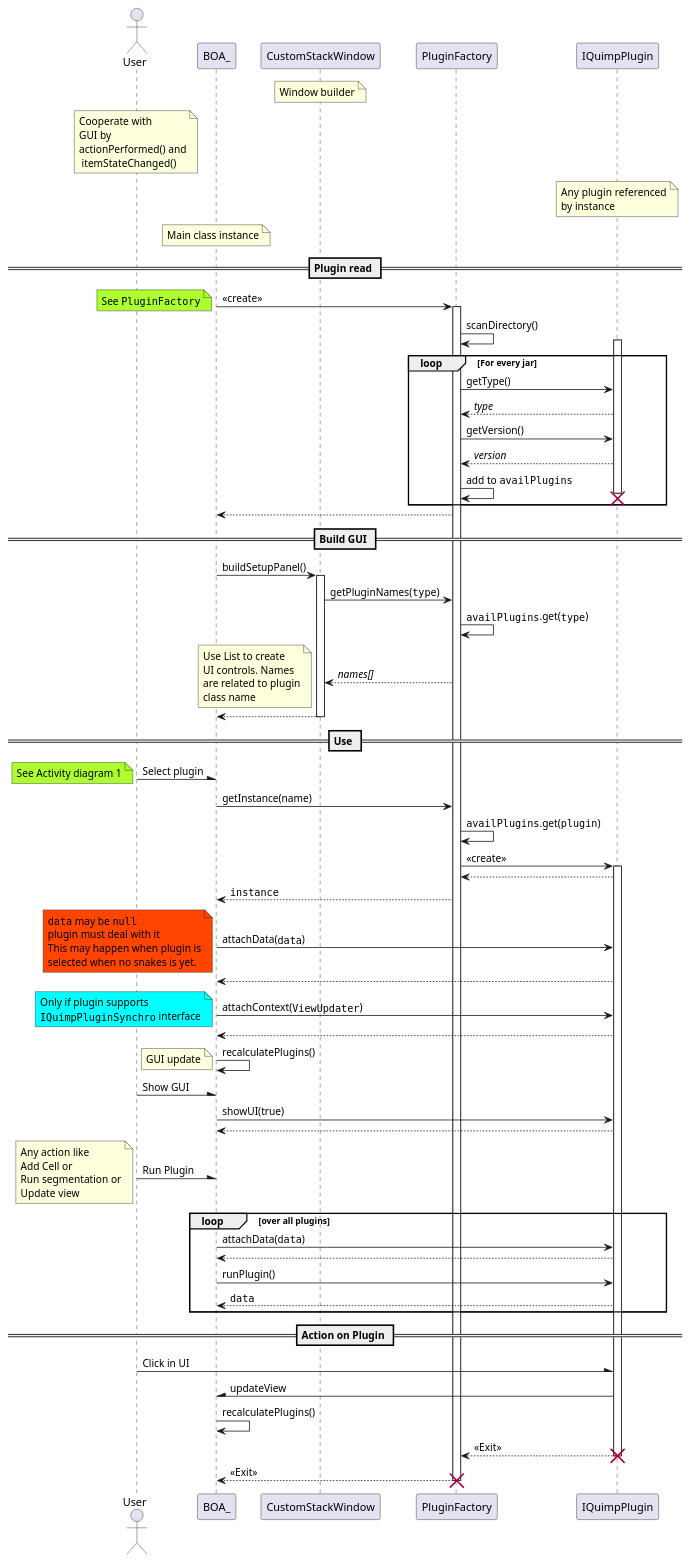
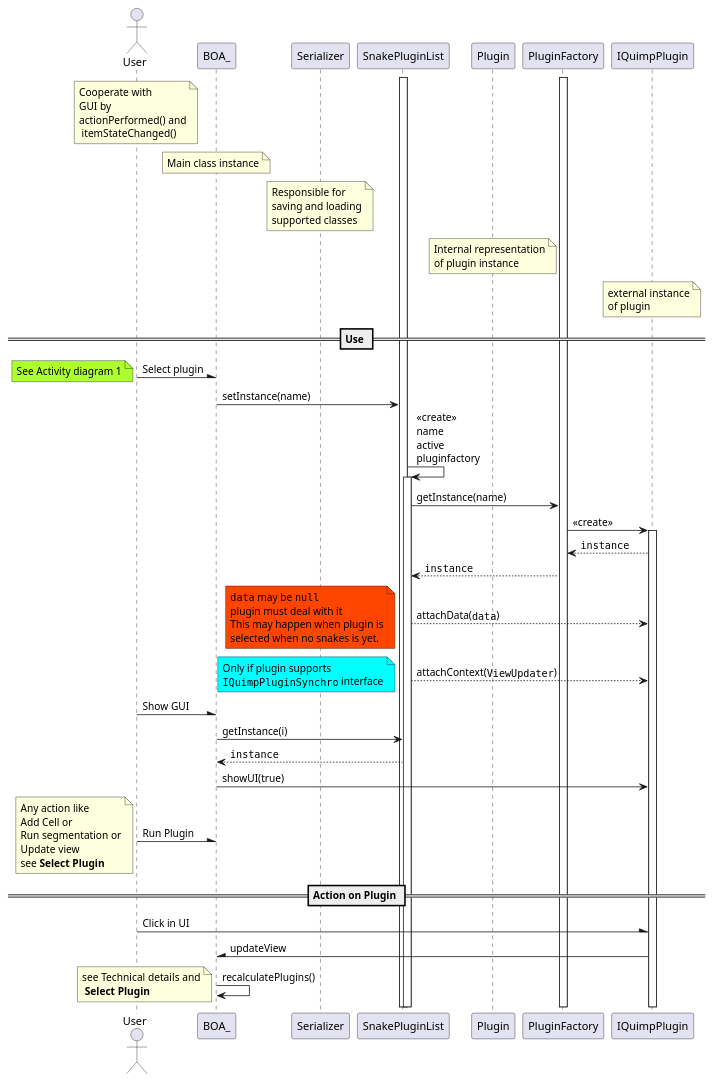
Before and after one commit to CellDynamics/QuimP: the tenth of 10 diagrams in Doxygen_doc/SnakePlugin.md, drawn with PlantUML. The commit also changed other lines of this file and 3 other files, not shown here.

```diff
--- a/Doxygen_doc/SnakePlugin.md
+++ b/Doxygen_doc/SnakePlugin.md
@@ -315,96 +410,65 @@
 @startuml
 actor User
 participant BOA_ as QuimP
-participant CustomStackWindow as GUIBuilder
-participant PluginFactory
-participant IQuimpPlugin as Plugin
+participant Serializer as ser
+participant SnakePluginList as slist
+participant Plugin as plugin
+participant PluginFactory as pfact
+participant IQuimpPlugin as iPlugin
 
-note over GUIBuilder : Window builder
 note over User : Cooperate with\nGUI by\nactionPerformed() and\n itemStateChanged()
-note over Plugin : Any plugin referenced\nby instance
 note over QuimP : Main class instance
+note over ser : Responsible for\nsaving and loading\nsupported classes
+note over plugin : Internal representation\nof plugin instance
+note over iPlugin : external instance\nof plugin
 
-== Plugin read ==
-QuimP -> PluginFactory : <<create>>
-note left #GreenYellow : See ""PluginFactory""
-activate PluginFactory
-PluginFactory -> PluginFactory : scanDirectory()
-loop For every jar
-    activate Plugin
-    PluginFactory -> Plugin : getType()
-    Plugin --> PluginFactory : //type//
-    PluginFactory -> Plugin : getVersion()
-    Plugin --> PluginFactory : //version//
-    PluginFactory -> PluginFactory : add to ""availPlugins""
-    destroy Plugin
-end
-PluginFactory --> QuimP
+activate pfact
+activate slist
 
-== Build GUI ==
-
-QuimP -> GUIBuilder : buildSetupPanel()
-activate GUIBuilder
-GUIBuilder -> PluginFactory : getPluginNames(""type"")
-PluginFactory -> PluginFactory : ""availPlugins"".get(""type"")
-GUIBuilder <-- PluginFactory : //names[]//
-note left
-Use List to create
-UI controls. Names
-are related to plugin
-class name
-end note
-
-GUIBuilder --> QuimP
-deactivate GUIBuilder
 
 == Use ==
 
 User -\ QuimP : Select plugin
 note left #GreenYellow : See Activity diagram 1
-QuimP -> PluginFactory : getInstance(name)
-PluginFactory -> PluginFactory : ""availPlugins"".get(""plugin"")
-PluginFactory -> Plugin : <<create>>
-activate Plugin
-PluginFactory <-- Plugin
-PluginFactory --> QuimP : ""instance""
-
-QuimP -> Plugin :attachData(""data"")
+QuimP -> slist : setInstance(name)
+slist -> slist : <<create>>\nname\nactive\npluginfactory
+activate slist
+slist -> pfact : getInstance(name)
+pfact -> iPlugin : <<create>>
+activate iPlugin
+iPlugin --> pfact : ""instance""
+pfact -->slist : ""instance""
+slist --> iPlugin : attachData(""data"")
 note left #OrangeRed
 ""data"" may be ""null""
 plugin must deal with it
 This may happen when plugin is
 selected when no snakes is yet.
 end note
-Plugin --> QuimP
-QuimP -> Plugin :attachContext(""ViewUpdater"")
+slist --> iPlugin : attachContext(""ViewUpdater"")
 note left #aqua
 Only if plugin supports
 ""IQuimpPluginSynchro"" interface
 end note
-Plugin --> QuimP
-QuimP -> QuimP : recalculatePlugins()
-note left : GUI update
 
 User -\ QuimP : Show GUI
-QuimP -> Plugin : showUI(true)
-Plugin --> QuimP
+QuimP -> slist : getInstance(i)
+slist --> QuimP : ""instance""
+QuimP -> iPlugin : showUI(true)
 
 User -\ QuimP : Run Plugin
-note left: Any action like\nAdd Cell or\nRun segmentation or\nUpdate view
-loop over all plugins
-    QuimP -> Plugin : attachData(""data"")
-    Plugin --> QuimP
-    QuimP -> Plugin : runPlugin()
-    Plugin --> QuimP : ""data""
-end    
+note left
+Any action like
+Add Cell or
+Run segmentation or
+Update view
+see **Select Plugin**
+end note
+== Action on Plugin ==
+User -\ iPlugin : Click in UI
+iPlugin -\ QuimP : updateView
+QuimP -> QuimP : recalculatePlugins()
+note left: see Technical details and\n **Select Plugin**
 
-== Action on Plugin ==
-User -\ Plugin : Click in UI
-Plugin -\ QuimP : updateView
-QuimP -> QuimP : recalculatePlugins()
 
-Plugin --> PluginFactory : <<Exit>>
-destroy Plugin
-QuimP <-- PluginFactory : <<Exit>>
-destroy PluginFactory
 @enduml
```
